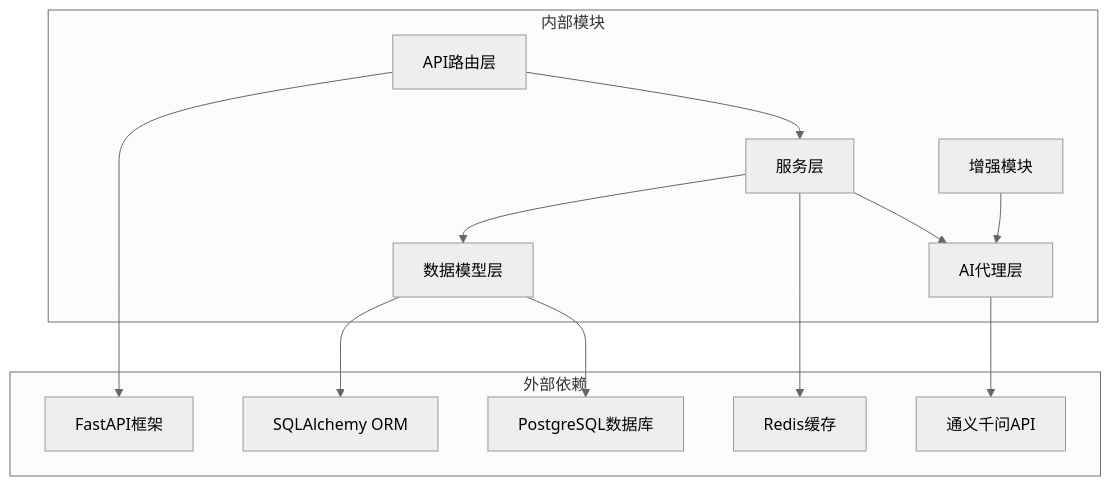
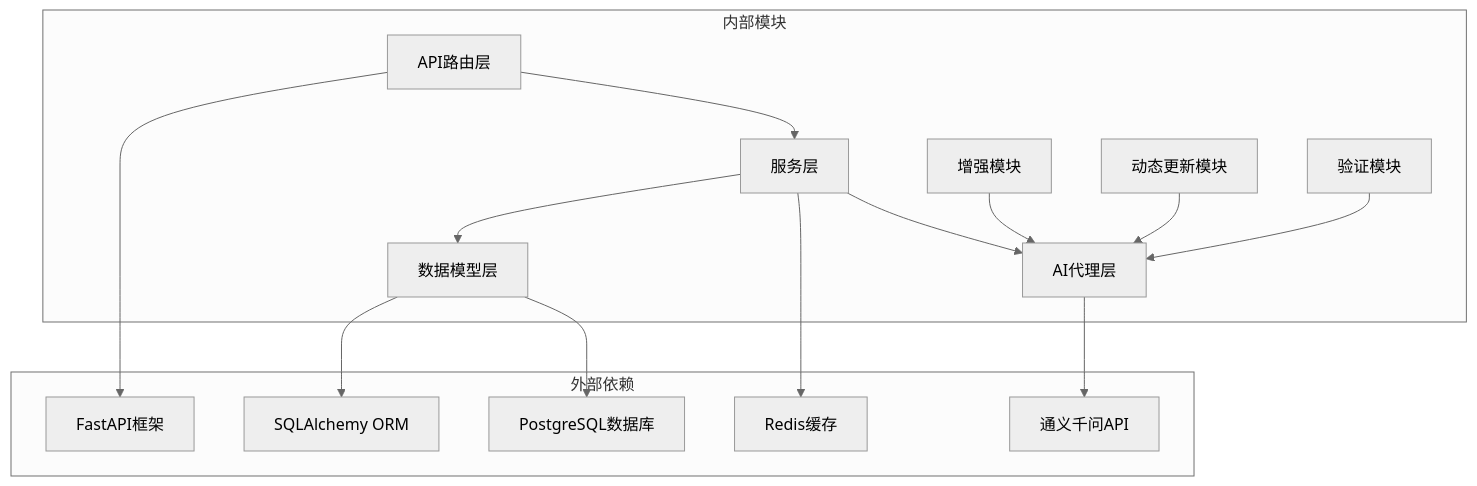
One commit to xfbyxq/ai-novel-system changed diagram 13 of 13 in .qoder/repowiki/zh/content/API接口文档/大纲管理API.md. Above: the diagram before and after it, drawn with Mermaid (neutral theme). The commit also changed other lines of this file and 43 other files, not shown here.

````diff
--- a/.qoder/repowiki/zh/content/API接口文档/大纲管理API.md
+++ b/.qoder/repowiki/zh/content/API接口文档/大纲管理API.md
@@ -421,26 +508,30 @@
 ```mermaid
 graph TB
 subgraph "外部依赖"
 FastAPI[FastAPI框架]
 SQLAlchemy[SQLAlchemy ORM]
 Postgres[PostgreSQL数据库]
 Redis[Redis缓存]
 Qwen[通义千问API]
 end
 subgraph "内部模块"
 API[API路由层]
 Service[服务层]
 Model[数据模型层]
 Agent[AI代理层]
 Enhancement[增强模块]
+DynamicUpdate[动态更新模块]
+Validation[验证模块]
 end
 API --> Service
 Service --> Model
 Service --> Agent
 Agent --> Qwen
 Enhancement --> Agent
+DynamicUpdate --> Agent
+Validation --> Agent
 Model --> SQLAlchemy
 Model --> Postgres
 Service --> Redis
 API --> FastAPI
 ```
````
